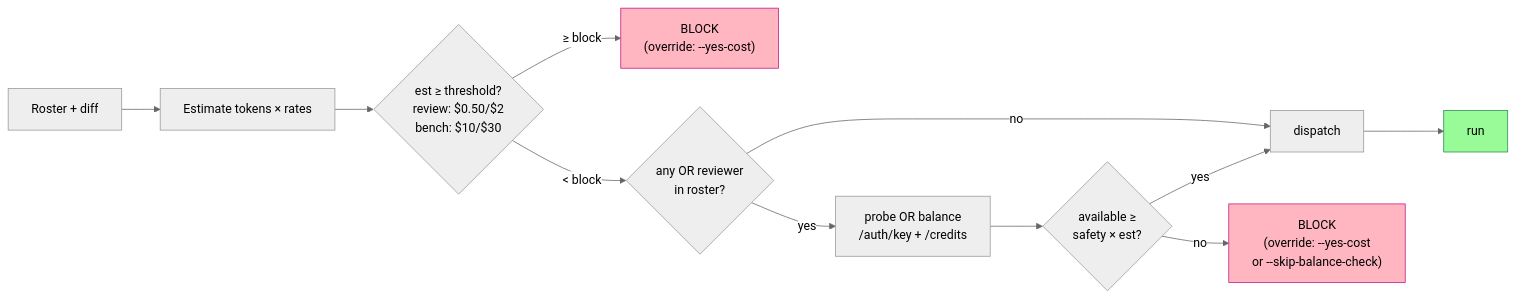
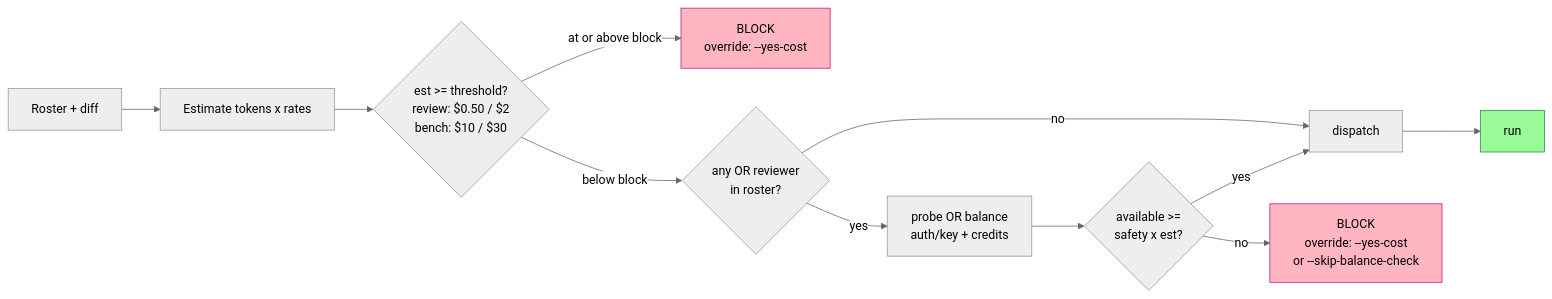
Before and after one commit to jimstratus/argus: the third of 3 diagrams in README.md, drawn with Mermaid (neutral theme). The commit also changed other lines of this file, not shown here.

First line of the commit message:
fix(readme): mermaid render error — replace Unicode comparison operators with ASCII, standardize br tags, quote all labels

````diff
--- a/README.md
+++ b/README.md
@@ -274,17 +272,17 @@
 ```mermaid
 flowchart LR
-    A[Roster + diff] --> B[Estimate tokens × rates]
-    B --> C{est ≥ threshold?<br/>review: $0.50/$2<br/>bench: $10/$30}
-    C -->|≥ block| X1["BLOCK<br/>(override: --yes-cost)"]
-    C -->|< block| D{any OR reviewer<br/>in roster?}
-    D -->|no| F[dispatch]
-    D -->|yes| E[probe OR balance<br/>/auth/key + /credits]
-    E --> G{available ≥<br/>safety × est?}
-    G -->|no| X2["BLOCK<br/>(override: --yes-cost<br/>or --skip-balance-check)"]
+    A["Roster + diff"] --> B["Estimate tokens x rates"]
+    B --> C{"est >= threshold?<br>review: $0.50 / $2<br>bench: $10 / $30"}
+    C -->|at or above block| X1["BLOCK<br>override: --yes-cost"]
+    C -->|below block| D{"any OR reviewer<br>in roster?"}
+    D -->|no| F["dispatch"]
+    D -->|yes| E["probe OR balance<br>auth/key + credits"]
+    E --> G{"available >=<br>safety x est?"}
+    G -->|no| X2["BLOCK<br>override: --yes-cost<br>or --skip-balance-check"]
     G -->|yes| F
     F --> Z["run"]
 
     style X1 fill:#ffb6c1,stroke:#c71585
     style X2 fill:#ffb6c1,stroke:#c71585
     style Z fill:#98fb98,stroke:#2e8b57
 ```
````
